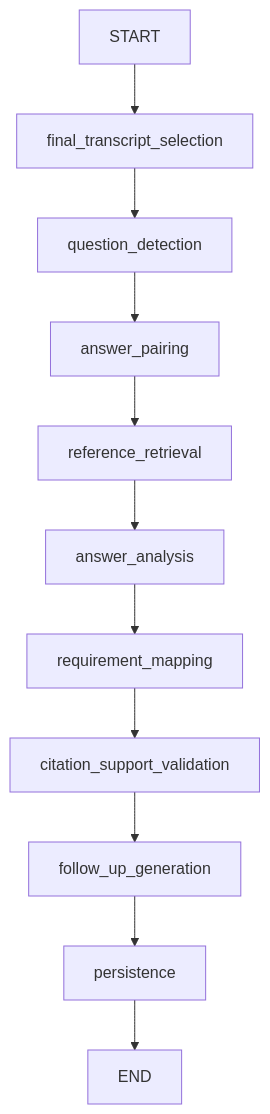
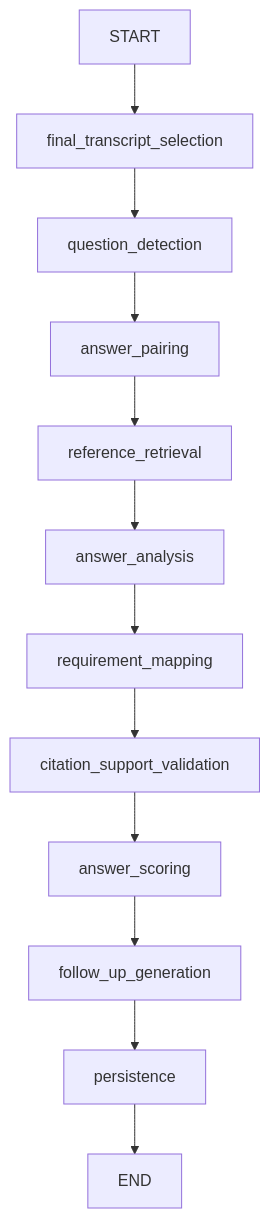
One commit to sohail-08/HireSense_AI changed the diagram in docs/interview-analysis.md. Above: the diagram before and after it, drawn with Mermaid. The commit also changed other lines of this file and 15 other files, not shown here.

````diff
--- a/docs/interview-analysis.md
+++ b/docs/interview-analysis.md
@@ -49,13 +55,14 @@
 ```mermaid
 flowchart TD
     START --> final_transcript_selection
     final_transcript_selection --> question_detection
     question_detection --> answer_pairing
     answer_pairing --> reference_retrieval
     reference_retrieval --> answer_analysis
     answer_analysis --> requirement_mapping
     requirement_mapping --> citation_support_validation
-    citation_support_validation --> follow_up_generation
+    citation_support_validation --> answer_scoring
+    answer_scoring --> follow_up_generation
     follow_up_generation --> persistence
     persistence --> END
 ```
````
